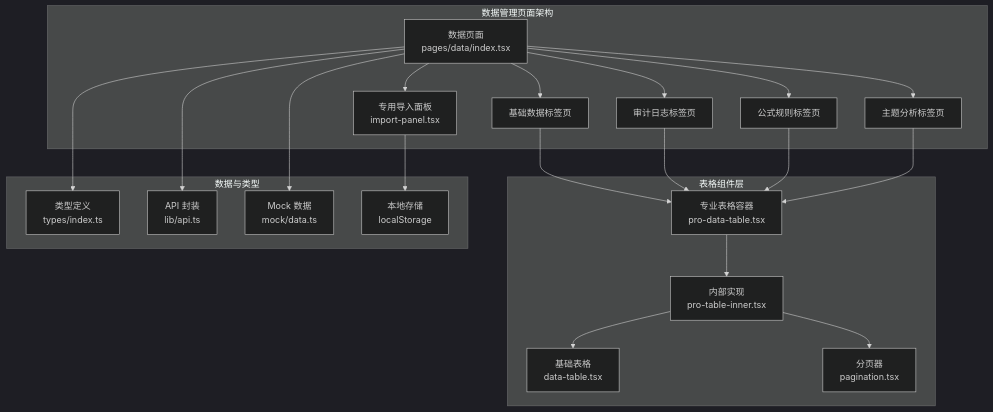
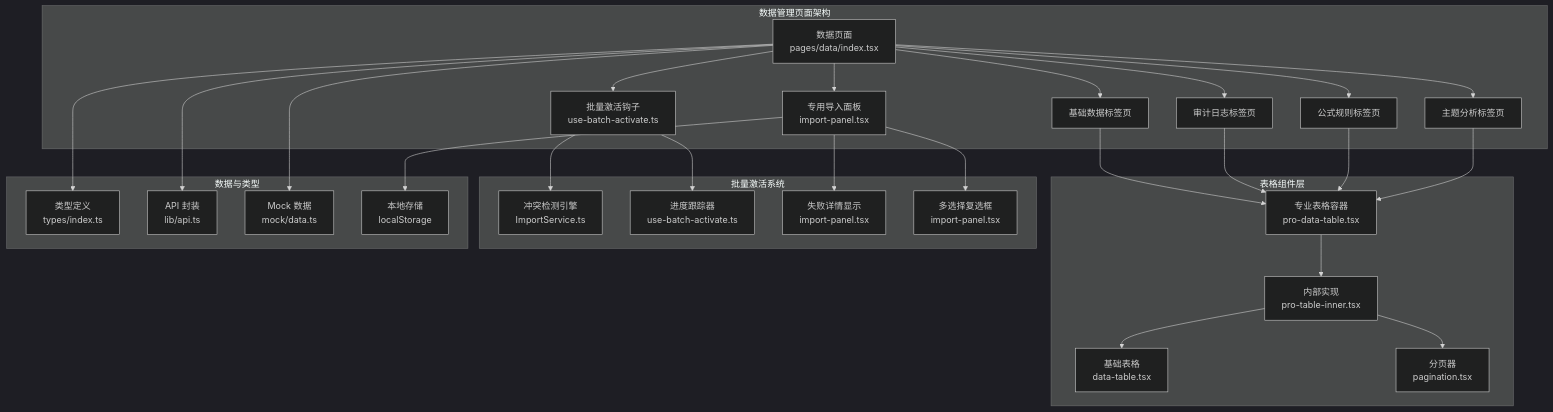
The first of 4 diagrams in .qoder/repowiki/zh/content/页面组件/数据管理页面/数据管理页面.md (Damao997/newproject), drawn with Mermaid (dark theme) before and after one commit. The commit also changed other lines of this file and 24 other files, not shown here.

````diff
--- a/.qoder/repowiki/zh/content/页面组件/数据管理页面/数据管理页面.md
+++ b/.qoder/repowiki/zh/content/页面组件/数据管理页面/数据管理页面.md
@@ -54,39 +59,51 @@
 ```mermaid
 graph TB
 subgraph "数据管理页面架构"
 DataPage["数据页面<br/>pages/data/index.tsx"]
 ImportPanel["专用导入面板<br/>import-panel.tsx"]
+BatchHook["批量激活钩子<br/>use-batch-activate.ts"]
 Tab1["基础数据标签页"]
 Tab2["审计日志标签页"]
 Tab3["公式规则标签页"]
 Tab4["主题分析标签页"]
 end
 subgraph "表格组件层"
 DataTable["基础表格<br/>data-table.tsx"]
 ProTable["专业表格容器<br/>pro-data-table.tsx"]
 Inner["内部实现<br/>pro-table-inner.tsx"]
 Pagination["分页器<br/>pagination.tsx"]
 end
+subgraph "批量激活系统"
+ConflictEngine["冲突检测引擎<br/>ImportService.ts"]
+ProgressTracker["进度跟踪器<br/>use-batch-activate.ts"]
+FailureDisplay["失败详情显示<br/>import-panel.tsx"]
+MultiSelect["多选择复选框<br/>import-panel.tsx"]
+end
 subgraph "数据与类型"
 Types["类型定义<br/>types/index.ts"]
 Api["API 封装<br/>lib/api.ts"]
 Mock["Mock 数据<br/>mock/data.ts"]
 LocalStorage["本地存储<br/>localStorage"]
 end
 DataPage --> ImportPanel
+DataPage --> BatchHook
 DataPage --> Tab1
 DataPage --> Tab2
 DataPage --> Tab3
 DataPage --> Tab4
+ImportPanel --> MultiSelect
+ImportPanel --> FailureDisplay
+BatchHook --> ProgressTracker
+BatchHook --> ConflictEngine
 ImportPanel --> LocalStorage
 Tab1 --> ProTable
 Tab2 --> ProTable
 Tab3 --> ProTable
 Tab4 --> ProTable
 ProTable --> Inner
 Inner --> DataTable
 Inner --> Pagination
 DataPage --> Api
 DataPage --> Types
 DataPage --> Mock
 ```
````
